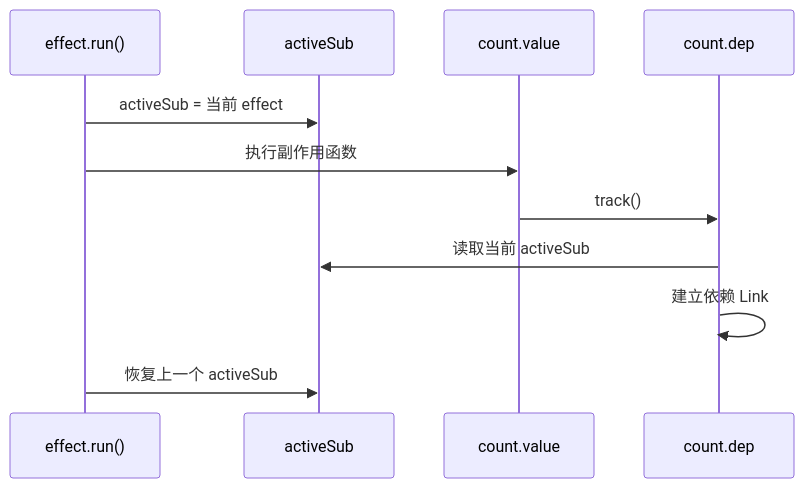
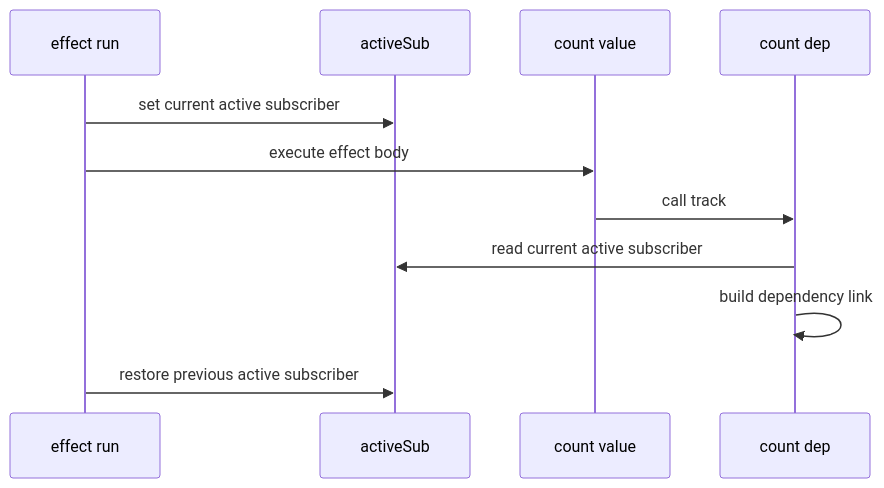
Before and after one commit to Tajigaqzh/front_basic: diagram 11 of 12 in docs/vue/source/reactivity/dep-link-explained.md, drawn with Mermaid. The commit also changed other lines of this file and 11 other files, not shown here.

````diff
--- a/docs/vue/source/reactivity/dep-link-explained.md
+++ b/docs/vue/source/reactivity/dep-link-explained.md
@@ -713,14 +713,14 @@
 ```mermaid
 sequenceDiagram
-    participant E as effect.run()
+    participant E as effect run
     participant G as activeSub
-    participant R as count.value
-    participant D as count.dep
+    participant R as count value
+    participant D as count dep
 
-    E->>G: activeSub = 当前 effect
-    E->>R: 执行副作用函数
-    R->>D: track()
-    D->>G: 读取当前 activeSub
-    D->>D: 建立依赖 Link
-    E->>G: 恢复上一个 activeSub
+    E->>G: set current active subscriber
+    E->>R: execute effect body
+    R->>D: call track
+    D->>G: read current active subscriber
+    D->>D: build dependency link
+    E->>G: restore previous active subscriber
 ```
````
